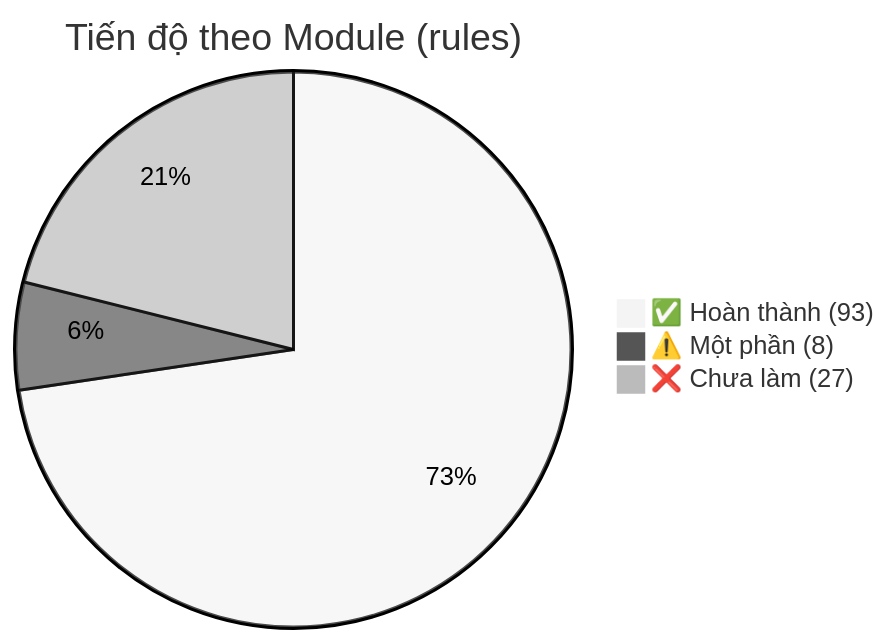
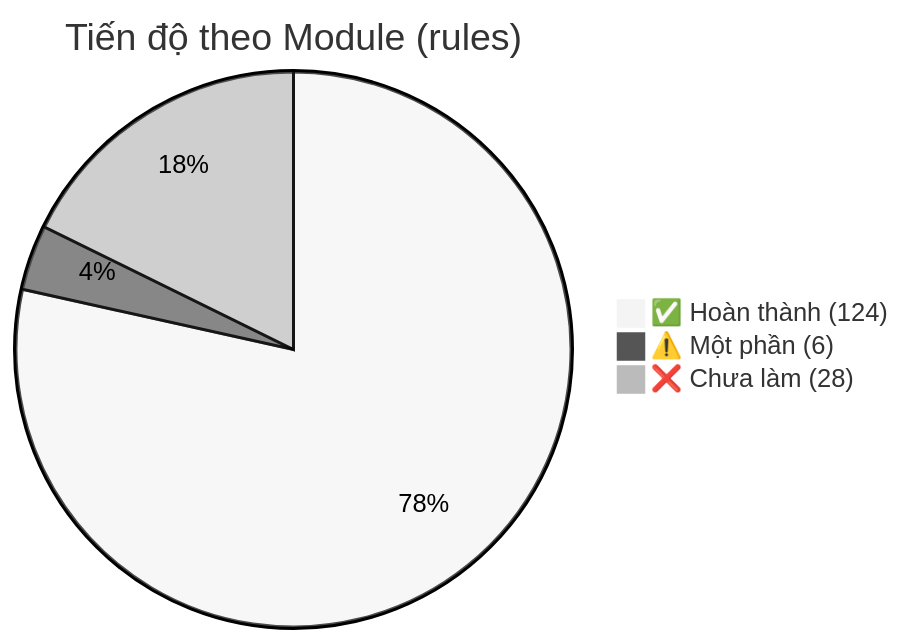
Before and after one commit to Capstonne-Project/greenlens-service: the diagram in docs/BusinessRule/progress_report.md, drawn with Mermaid (neutral theme). The commit also changed other lines of this file and 9 other files, not shown here.

````diff
--- a/docs/BusinessRule/progress_report.md
+++ b/docs/BusinessRule/progress_report.md
@@ -9,6 +9,6 @@
 ```mermaid
 pie title Tiến độ theo Module (rules)
-    "✅ Hoàn thành (93)" : 93
-    "⚠️ Một phần (8)" : 8
-    "❌ Chưa làm (27)" : 27
+    "✅ Hoàn thành (124)" : 124
+    "⚠️ Một phần (6)" : 6
+    "❌ Chưa làm (28)" : 28
 ```
````
